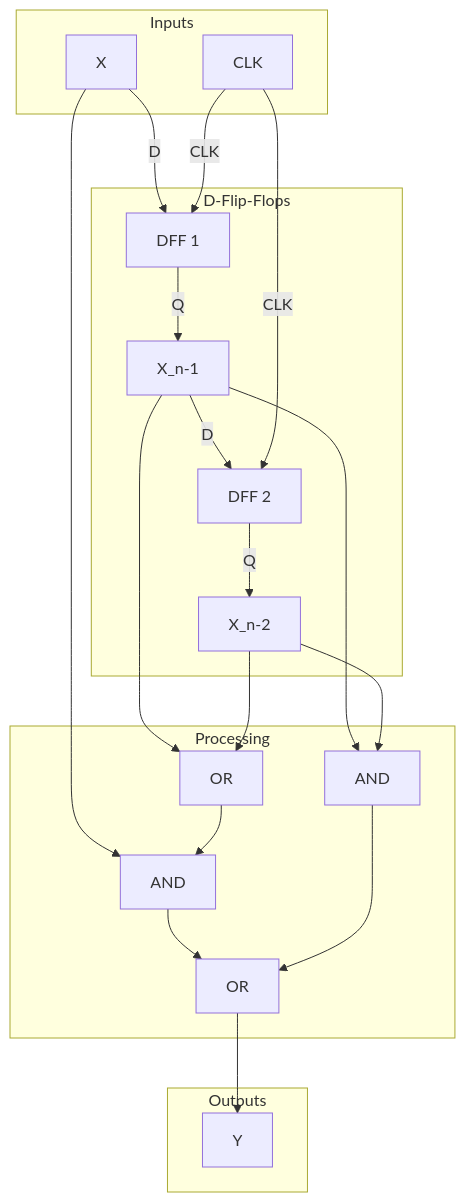
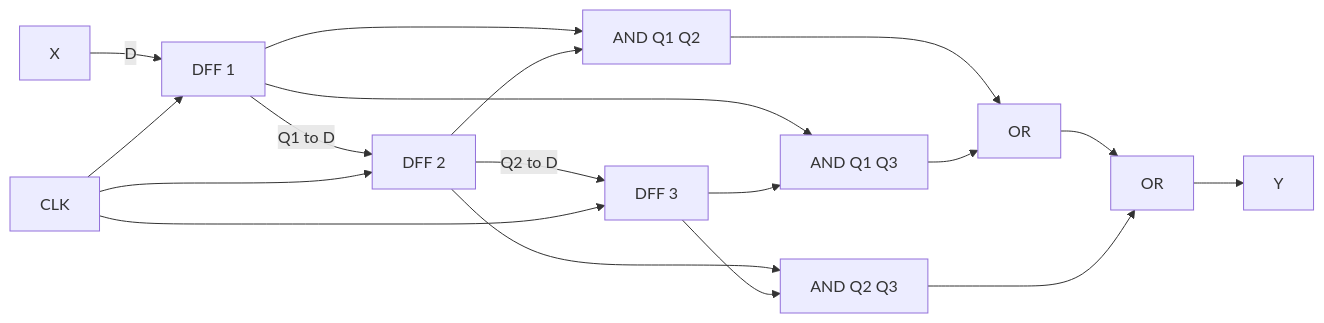
One commit to Myyura/the_kai_project changed the second of 2 diagrams in docs/tokyo-university/IST/cs/2022/cs_202202_4.md. Above: the diagram before and after it, drawn with Mermaid. The commit also changed other lines of this file and 1198 other files, not shown here.

````diff
--- a/docs/tokyo-university/IST/cs/2022/cs_202202_4.md
+++ b/docs/tokyo-university/IST/cs/2022/cs_202202_4.md
@@ -246,28 +239,20 @@
 ```mermaid
-graph TD
-    subgraph Inputs
-        CLK
-        X
-    end
-    
-    subgraph D-Flip-Flops
-        X -->|D| D1[DFF 1]
-        CLK -->|CLK| D1
-        D1 -->|Q| X_n-1
-        X_n-1 -->|D| D2[DFF 2]
-        CLK -->|CLK| D2
-        D2 -->|Q| X_n-2
-    end
-    
-    subgraph Processing
-        %% Y = X(X_n-1 + X_n-2) + X_n-1X_n-2
-        X_n-1 & X_n-2 --> OR1[OR]
-        X & OR1 --> AND1[AND]
-        X_n-1 & X_n-2 --> AND2[AND]
-        AND1 & AND2 --> OR2[OR]
-    end
-
-    subgraph Outputs
-        OR2 --> Y
-    end
+flowchart LR
+    X -->|D| D1[DFF 1]
+    D1 -->|Q1 to D| D2[DFF 2]
+    D2 -->|Q2 to D| D3[DFF 3]
+    CLK --> D1
+    CLK --> D2
+    CLK --> D3
+    D1 --> AB[AND Q1 Q2]
+    D2 --> AB
+    D1 --> AC[AND Q1 Q3]
+    D3 --> AC
+    D2 --> BC[AND Q2 Q3]
+    D3 --> BC
+    AB --> O1[OR]
+    AC --> O1
+    O1 --> O2[OR]
+    BC --> O2
+    O2 --> Y
 ```
````
